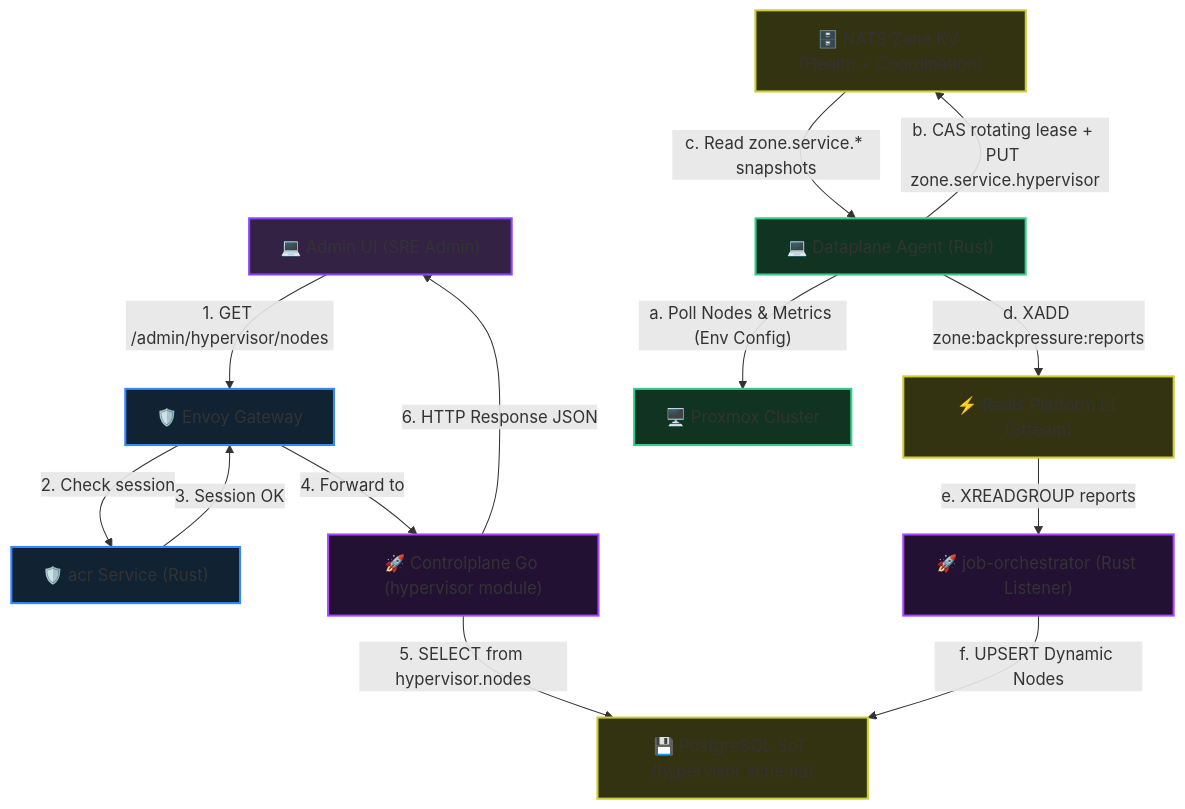
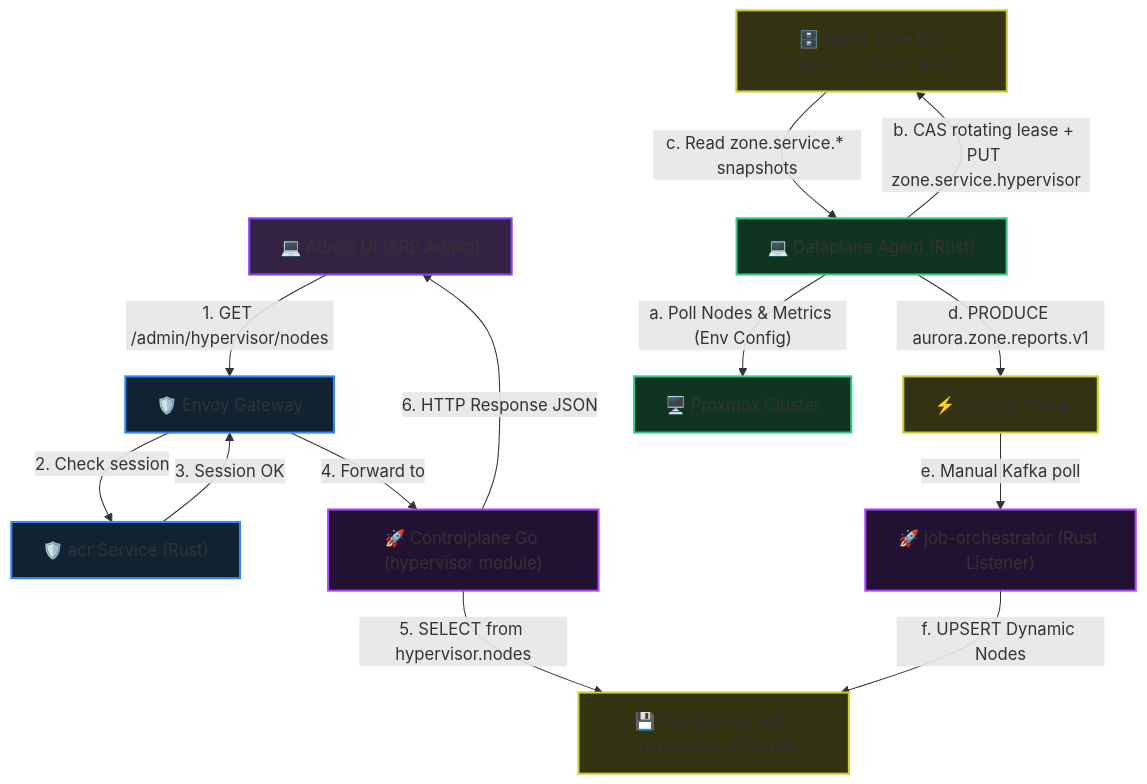
One commit to phucle996/aurora changed the first of 4 diagrams in god_view/hypervisor/hypervisor_connection_lifecycle_god_view.md. Above: the diagram before and after it, drawn with Mermaid. The commit also changed other lines of this file and 91 other files, not shown here.

Commit message:
feat: migrate job-orchestrator and dataplane communication from Redis PubSub to Kafka transport layer

````diff
--- a/god_view/hypervisor/hypervisor_connection_lifecycle_god_view.md
+++ b/god_view/hypervisor/hypervisor_connection_lifecycle_god_view.md
@@ -18,39 +18,39 @@
 ```mermaid
 graph TD
     classDef client fill:#332244,stroke:#8844ff,stroke-width:2px;
     classDef gateway fill:#112233,stroke:#3388ff,stroke-width:2px;
     classDef storage fill:#333311,stroke:#cccc33,stroke-width:2px;
     classDef backend fill:#221133,stroke:#aa44ff,stroke-width:2px;
     classDef dataplane fill:#113322,stroke:#33cc88,stroke-width:2px;
 
     SRE["💻 Admin UI (SRE Admin)"]:::client
     Envoy["🛡️ Envoy Gateway"]:::gateway
     acr["🛡️ acr Service (Rust)"]:::gateway
     CP["🚀 Controlplane Go (hypervisor module)"]:::backend
     DB["💾 PostgreSQL SoT (hypervisor schema)"]:::storage
     ZoneKV["🗄️ NATS Zone KV (Health + Coordination)"]:::storage
-    RedisL1["⚡ Redis Platform L1 (Stream)"]:::storage
+    RedisL1["⚡ Central Kafka"]:::storage
     JO["🚀 job-orchestrator (Rust Listener)"]:::backend
     DP["💻 Dataplane Agent (Rust)"]:::dataplane
     PVE["🖥️ Proxmox Cluster"]:::dataplane
 
     %% Luồng đọc của SRE
     SRE -- "1. GET /admin/hypervisor/nodes" --> Envoy
     Envoy -- "2. Check session" --> acr
     acr -- "3. Session OK" --> Envoy
     Envoy -- "4. Forward to" --> CP
     CP -- "5. SELECT from hypervisor.nodes" --> DB
     CP -- "6. HTTP Response JSON" --> SRE
 
     %% Luồng Auto-discovery & Heartbeat
     DP -- "a. Poll Nodes & Metrics (Env Config)" --> PVE
     DP -- "b. CAS rotating lease + PUT zone.service.hypervisor" --> ZoneKV
     
     %% Gateway Gom & Sync L1 (ZoneStatusGateway)
     ZoneKV -- "c. Read zone.service.* snapshots" --> DP
-    DP -- "d. XADD zone:backpressure:reports" --> RedisL1
+    DP -- "d. PRODUCE aurora.zone.reports.v1" --> RedisL1
     
     %% Platform listener consume & write DB
-    RedisL1 -- "e. XREADGROUP reports" --> JO
+    RedisL1 -- "e. Manual Kafka poll" --> JO
     JO -- "f. UPSERT Dynamic Nodes" --> DB
 ```
````
